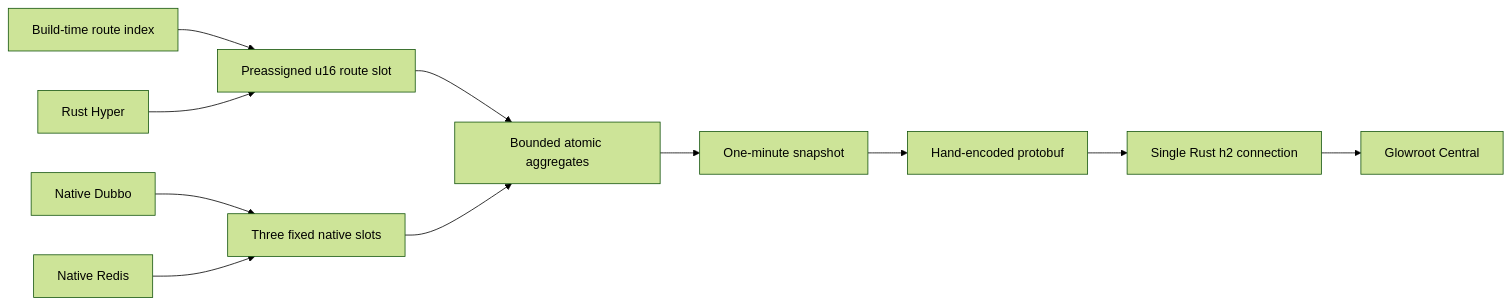
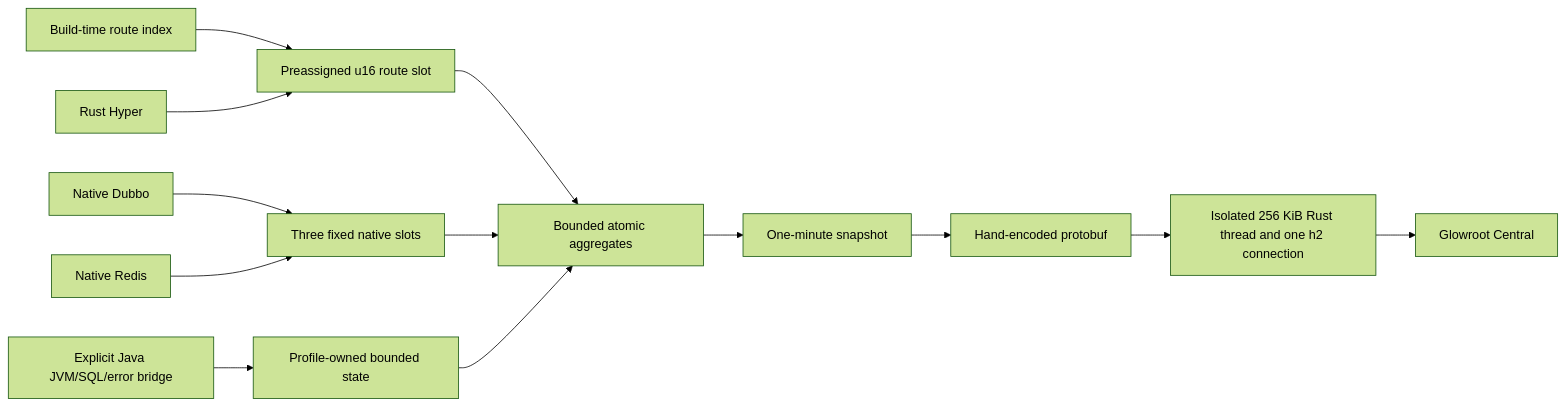
Before and after one commit to esasmer-dou/java-rust-glowroot-agent: the diagram in docs/UPSTREAM_ANALYSIS.md, drawn with Mermaid (forest theme). The commit also changed other lines of this file and 36 other files, not shown here.

````diff
--- a/docs/UPSTREAM_ANALYSIS.md
+++ b/docs/UPSTREAM_ANALYSIS.md
@@ -72,13 +75,15 @@
 ```mermaid
 flowchart LR
     A["Build-time route index"] --> B["Preassigned u16 route slot"]
     H["Rust Hyper"] --> B
     D["Native Dubbo"] --> C["Three fixed native slots"]
     R["Native Redis"] --> C
+    J["Explicit Java JVM/SQL/error bridge"] --> O["Profile-owned bounded state"]
     B --> M["Bounded atomic aggregates"]
     C --> M
+    O --> M
     M --> S["One-minute snapshot"]
     S --> P["Hand-encoded protobuf"]
-    P --> X["Single Rust h2 connection"]
+    P --> X["Isolated 256 KiB Rust thread and one h2 connection"]
     X --> G["Glowroot Central"]
 ```
````
